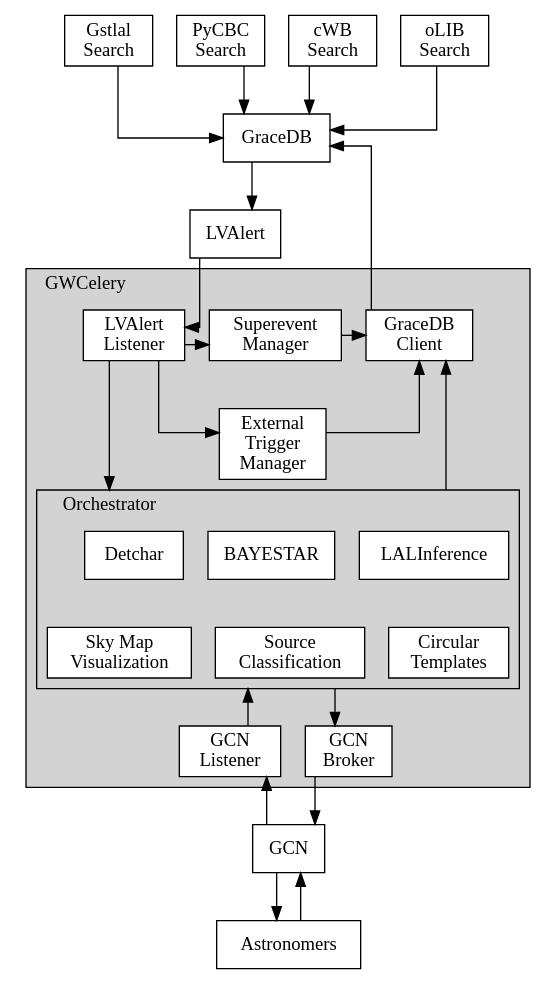
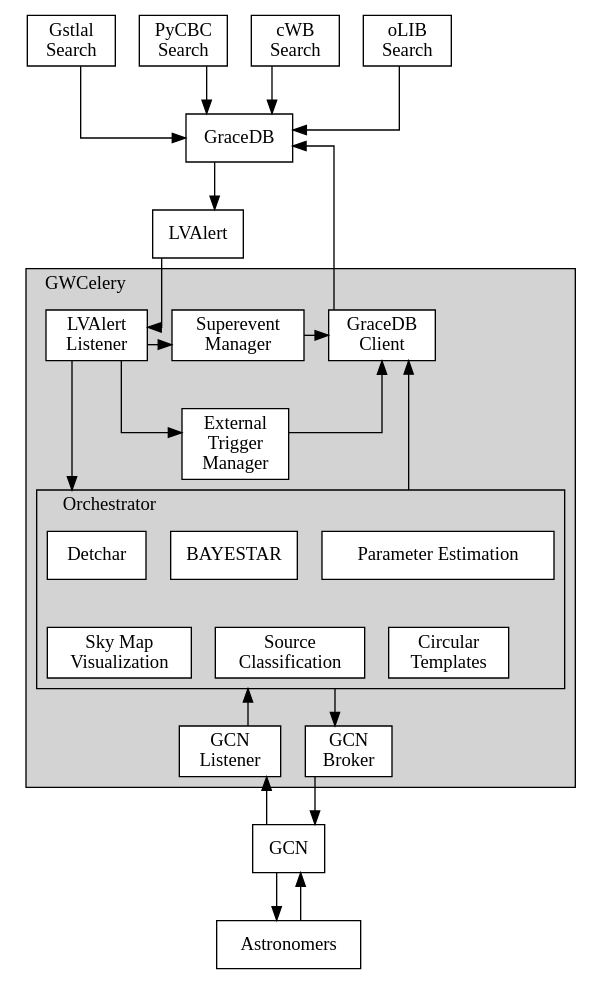
The diagram in doc/design.rst (lpsinger/gwcelery), drawn with Graphviz before and after one commit. The commit also changed 10 other files, not shown here.

```diff
--- a/doc/design.rst
+++ b/doc/design.rst
@@ -128,9 +128,9 @@
                     label = "BAYESTAR"
                 ]
 
-                lalinference [
-                    href = "../gwcelery.tasks.lalinference.html"
-                    label = "LALInference"
+                inference [
+                    href = "../gwcelery.tasks.inference.html"
+                    label = "Parameter Estimation"
                 ]
             }
 
@@ -194,15 +194,15 @@
     lvalert_listener -> raven
 
     superevent_manager -> gracedb_client
-    lalinference -> gracedb_client [ltail=cluster_orchestrator]
+    inference -> gracedb_client [ltail=cluster_orchestrator]
     raven -> gracedb_client
 
     detchar -> bayestar [style=invis]
-    bayestar -> lalinference [style=invis]
+    bayestar -> inference [style=invis]
 
     detchar -> skymaps [style=invis]
     bayestar -> classification [style=invis]
-    lalinference -> circulars [style=invis]
+    inference -> circulars [style=invis]
 
     skymaps -> classification [style=invis]
     classification -> circulars [style=invis]
@@ -213,7 +213,7 @@
     superevent_manager -> raven [style=invis]
     raven -> detchar [style=invis]
     raven -> bayestar [style=invis]
-    raven -> lalinference [style=invis]
+    raven -> inference [style=invis]
 
     gcn_listener -> gcn [dir=back]
     gcn_broker -> gcn
```
